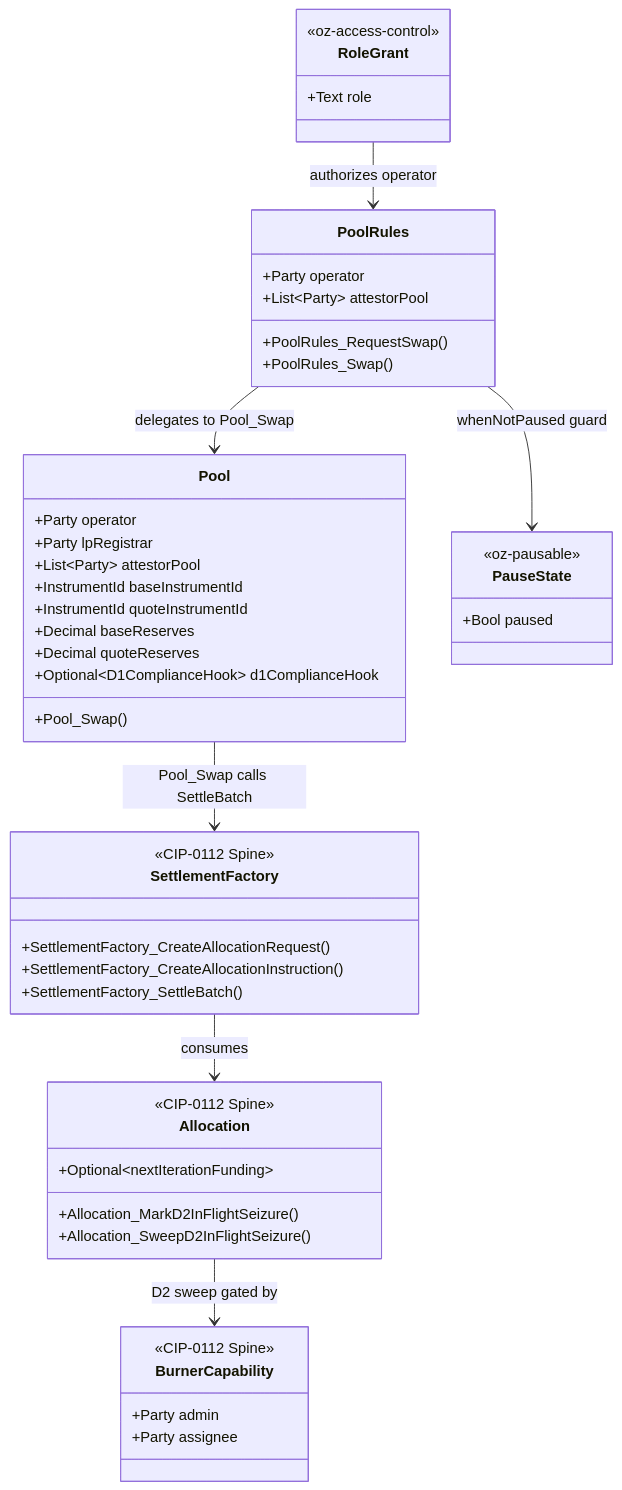
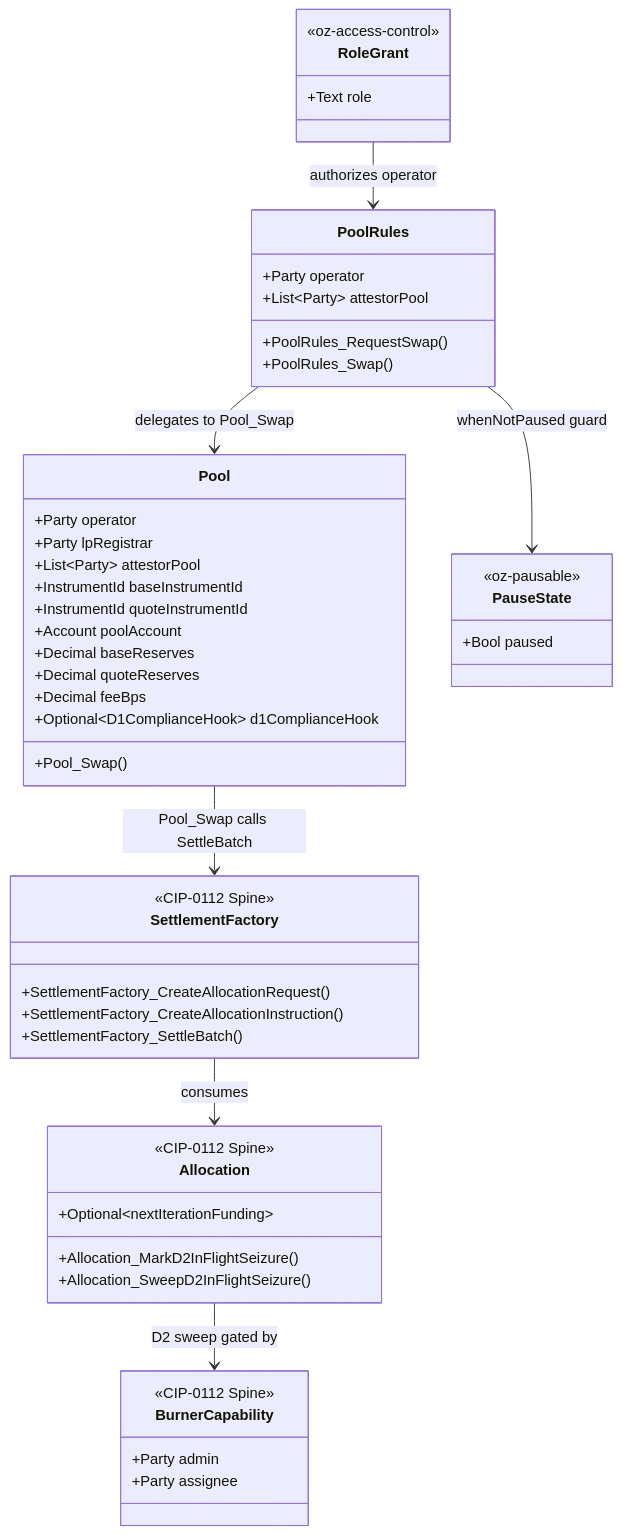
The first of 2 diagrams in docs/ri-reports/01-dex.md (OpenZeppelin/canton-specs), drawn with Mermaid before and after one commit. The commit also changed other lines of this file and 3 other files, not shown here.

````diff
--- a/docs/ri-reports/01-dex.md
+++ b/docs/ri-reports/01-dex.md
@@ -950,52 +952,54 @@
 ```mermaid
 classDiagram
     class Pool {
         +Party operator
         +Party lpRegistrar
         +List~Party~ attestorPool
         +InstrumentId baseInstrumentId
         +InstrumentId quoteInstrumentId
+        +Account poolAccount
         +Decimal baseReserves
         +Decimal quoteReserves
+        +Decimal feeBps
         +Optional~D1ComplianceHook~ d1ComplianceHook
         +Pool_Swap()
     }
     class PoolRules {
         +Party operator
         +List~Party~ attestorPool
         +PoolRules_RequestSwap()
         +PoolRules_Swap()
     }
     class SettlementFactory {
         <<CIP-0112 Spine>>
         +SettlementFactory_CreateAllocationRequest()
         +SettlementFactory_CreateAllocationInstruction()
         +SettlementFactory_SettleBatch()
     }
     class Allocation {
         <<CIP-0112 Spine>>
         +Optional~nextIterationFunding~
         +Allocation_MarkD2InFlightSeizure()
         +Allocation_SweepD2InFlightSeizure()
     }
     class BurnerCapability {
         <<CIP-0112 Spine>>
         +Party admin
         +Party assignee
     }
     class RoleGrant {
         <<oz-access-control>>
         +Text role
     }
     class PauseState {
         <<oz-pausable>>
         +Bool paused
     }
 
     PoolRules --> Pool : delegates to Pool_Swap
     Pool --> SettlementFactory : Pool_Swap calls SettleBatch
     PoolRules --> PauseState : whenNotPaused guard
     SettlementFactory --> Allocation : consumes
     Allocation --> BurnerCapability : D2 sweep gated by
     RoleGrant --> PoolRules : authorizes operator
 ```
````
